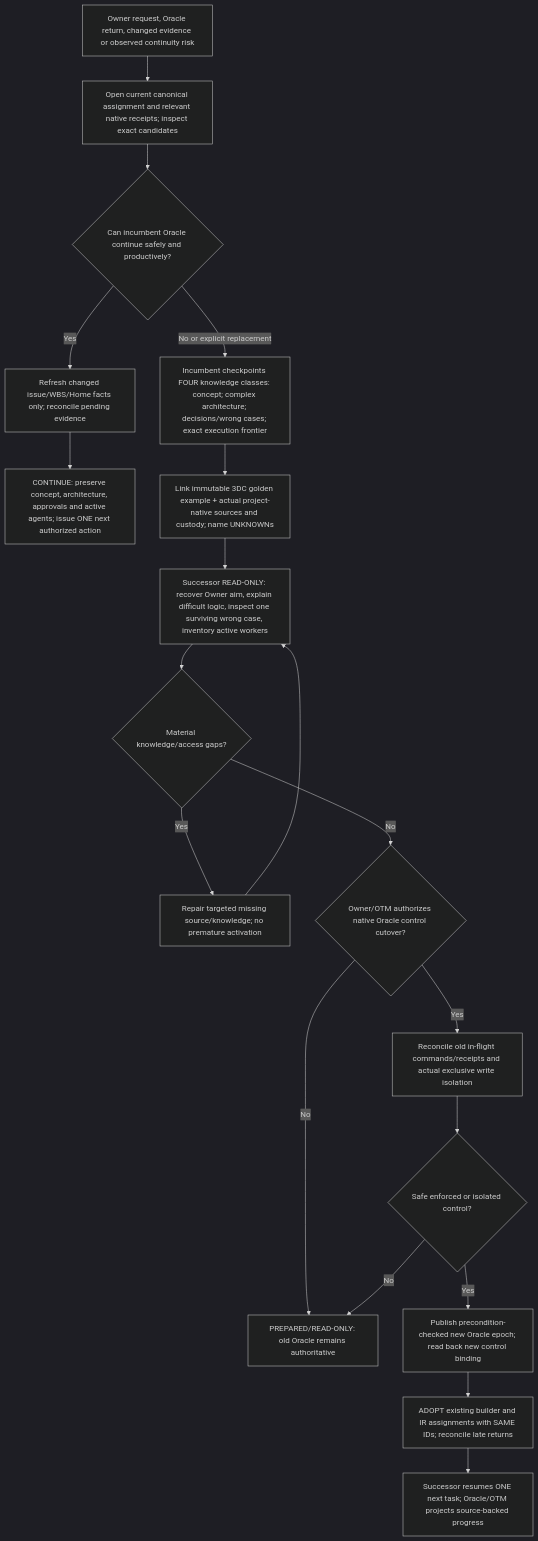
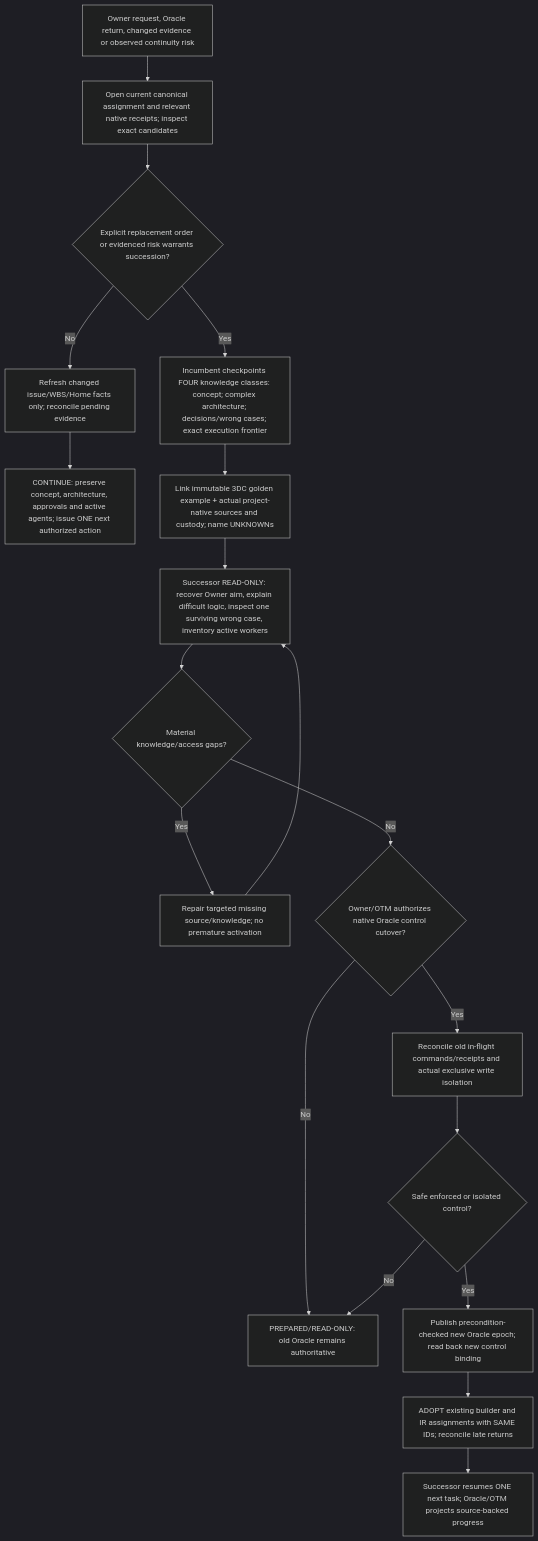
One commit to reallakshman19/Common changed the fifth of 5 diagrams in skills/agent-work/ENTRY_PROCESS_MAPS.md. Above: the diagram before and after it, drawn with Mermaid (dark theme). The commit also changed other lines of this file, not shown here.

Commit message:
docs(agent-work): fail closed on inactive cycles and explicit Oracle replacement

````diff
--- a/skills/agent-work/ENTRY_PROCESS_MAPS.md
+++ b/skills/agent-work/ENTRY_PROCESS_MAPS.md
@@ -160,22 +162,22 @@
 ```mermaid
 flowchart TD
   E0["Owner request, Oracle return, changed evidence or observed continuity risk"]
   E0 --> E1["Open current canonical assignment and relevant native receipts; inspect exact candidates"]
-  E1 --> E2{"Can incumbent Oracle continue safely and productively?"}
-  E2 -->|Yes| E3["Refresh changed issue/WBS/Home facts only; reconcile pending evidence"]
+  E1 --> E2{"Explicit replacement order or evidenced risk warrants succession?"}
+  E2 -->|No| E3["Refresh changed issue/WBS/Home facts only; reconcile pending evidence"]
   E3 --> E4["CONTINUE: preserve concept, architecture, approvals and active agents; issue ONE next authorized action"]
-  E2 -->|No or explicit replacement| E5["Incumbent checkpoints FOUR knowledge classes: concept; complex architecture; decisions/wrong cases; exact execution frontier"]
+  E2 -->|Yes| E5["Incumbent checkpoints FOUR knowledge classes: concept; complex architecture; decisions/wrong cases; exact execution frontier"]
   E5 --> E6["Link immutable 3DC golden example + actual project-native sources and custody; name UNKNOWNs"]
   E6 --> E7["Successor READ-ONLY: recover Owner aim, explain difficult logic, inspect one surviving wrong case, inventory active workers"]
   E7 --> E8{"Material knowledge/access gaps?"}
   E8 -->|Yes| EX["Repair targeted missing source/knowledge; no premature activation"]
   EX --> E7
   E8 -->|No| E9{"Owner/OTM authorizes native Oracle control cutover?"}
   E9 -->|No| EH["PREPARED/READ-ONLY: old Oracle remains authoritative"]
   E9 -->|Yes| E10["Reconcile old in-flight commands/receipts and actual exclusive write isolation"]
   E10 --> E11{"Safe enforced or isolated control?"}
   E11 -->|No| EH
   E11 -->|Yes| E12["Publish precondition-checked new Oracle epoch; read back new control binding"]
   E12 --> E13["ADOPT existing builder and IR assignments with SAME IDs; reconcile late returns"]
   E13 --> E14["Successor resumes ONE next task; Oracle/OTM projects source-backed progress"]
 ```
````
